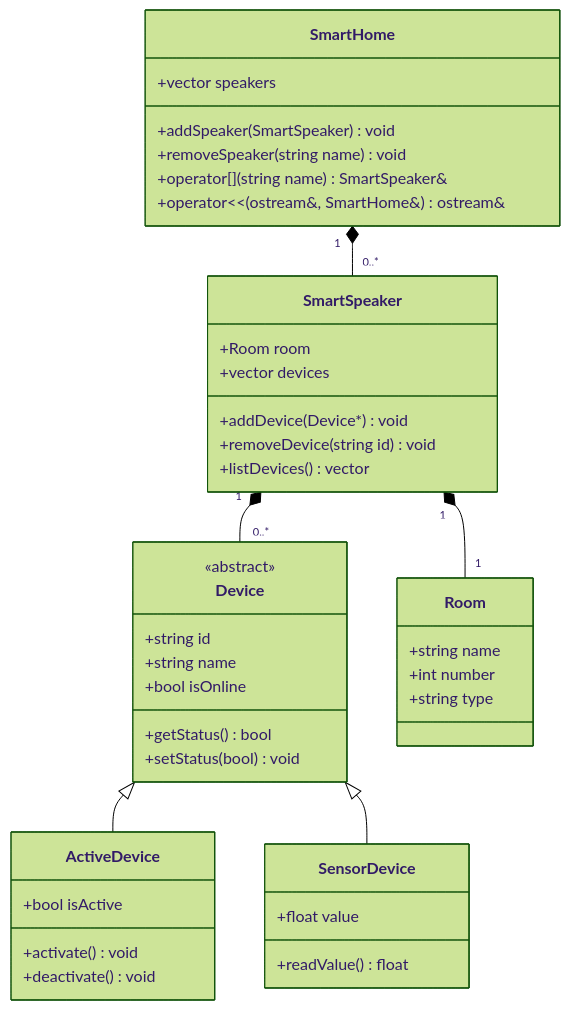
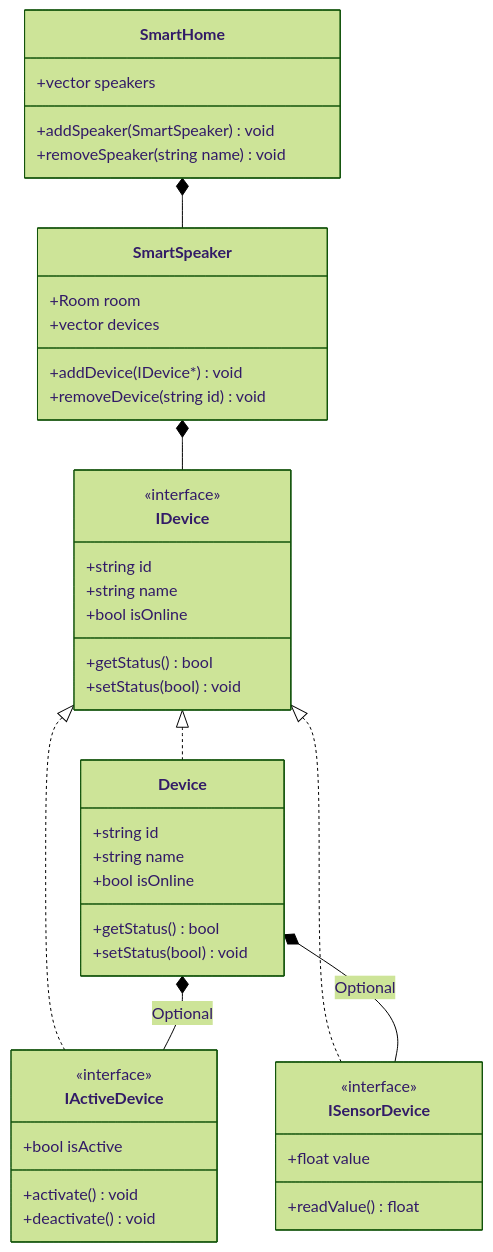
Before and after one commit to r-revel/C_CPP_Project: the first of 2 diagrams in Job_END/smart_home/README.md, drawn with Mermaid (forest theme). The commit also changed other lines of this file and 45 other files, not shown here.

````diff
--- a/Job_END/smart_home/README.md
+++ b/Job_END/smart_home/README.md
@@ -34,50 +39,53 @@
 ```mermaid
 classDiagram
-    class Device {
-        <<abstract>>
+    class IDevice {
+        <<interface>>
         +string id
         +string name
         +bool isOnline
         +getStatus() bool
         +setStatus(bool) void
     }
 
-    class ActiveDevice {
+    class IActiveDevice {
+        <<interface>>
         +bool isActive
         +activate() void
         +deactivate() void
     }
 
-    class SensorDevice {
+    class ISensorDevice {
+        <<interface>>
         +float value
         +readValue() float
     }
 
-    class Room {
+    class Device {
+        +string id
         +string name
-        +int number
-        +string type
+        +bool isOnline
+        +getStatus() bool
+        +setStatus(bool) void
     }
 
     class SmartSpeaker {
         +Room room
-        +vector<Device*> devices
-        +addDevice(Device*) void
+        +vector<IDevice*> devices
+        +addDevice(IDevice*) void
         +removeDevice(string id) void
-        +listDevices() vector<Device*>
     }
 
     class SmartHome {
         +vector<SmartSpeaker> speakers
         +addSpeaker(SmartSpeaker) void
         +removeSpeaker(string name) void
-        +operator[](string name) SmartSpeaker&
-        +operator<<(ostream&, SmartHome&) ostream&
     }
 
-    Device <|-- ActiveDevice
-    Device <|-- SensorDevice
-    SmartSpeaker "1" *-- "1" Room
-    SmartSpeaker "1" *-- "0..*" Device
-    SmartHome "1" *-- "0..*" SmartSpeaker
+    IDevice <|.. Device
+    IDevice <|.. IActiveDevice
+    IDevice <|.. ISensorDevice
+    Device *-- IActiveDevice : Optional
+    Device *-- ISensorDevice : Optional
+    SmartSpeaker *-- IDevice
+    SmartHome *-- SmartSpeaker
 ```
````
